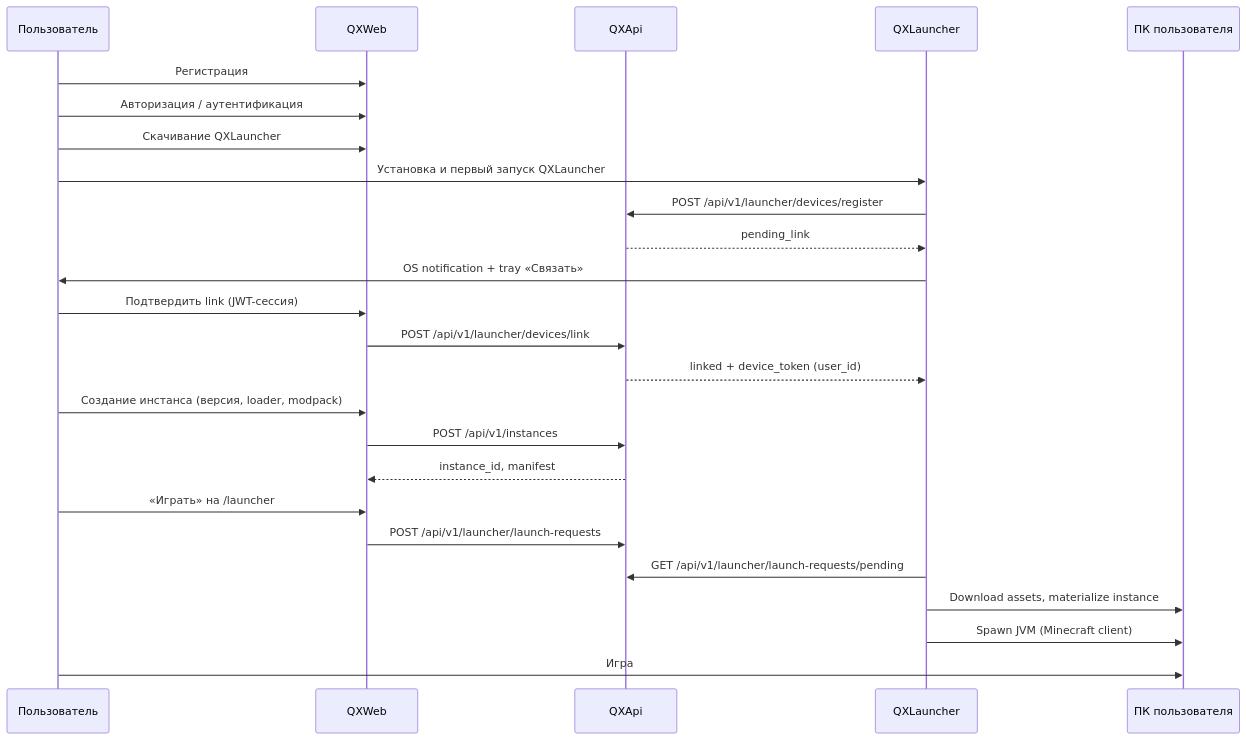
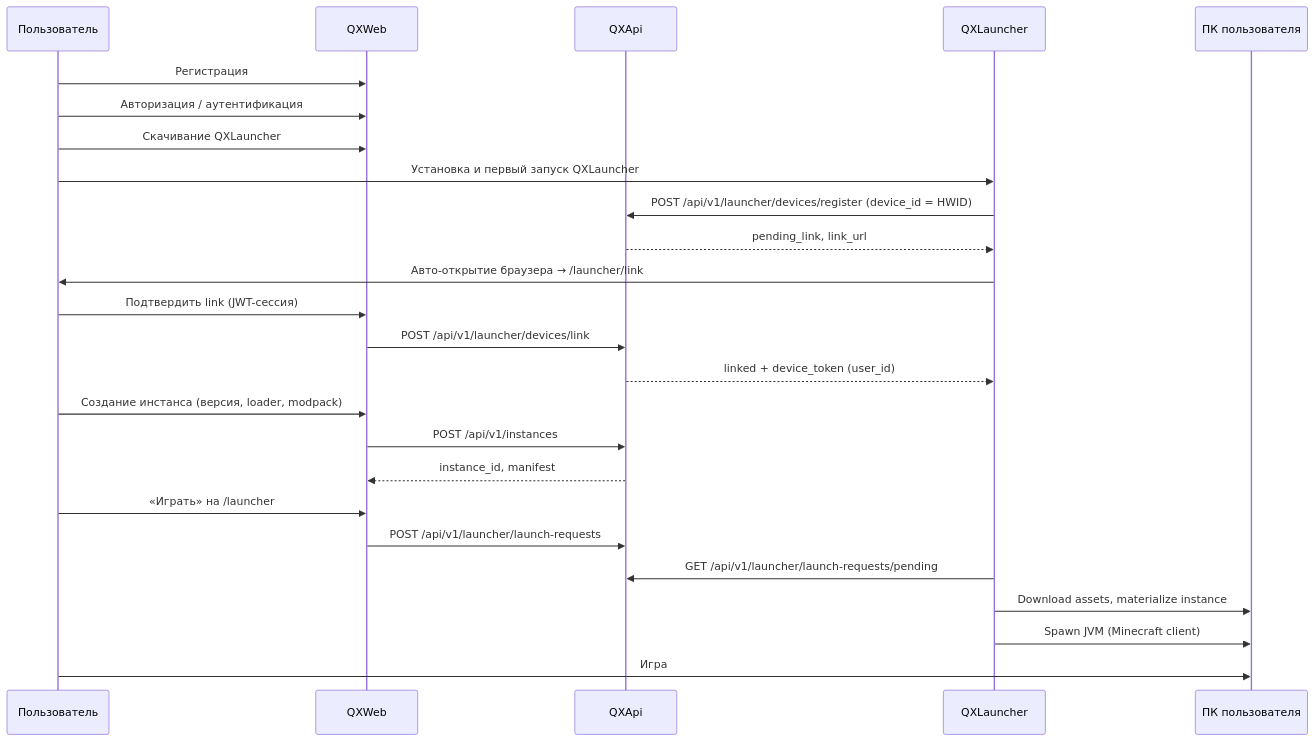
The first of 16 diagrams in docs/architecture.md (mindevis/qx-project), drawn with Mermaid before and after one commit. The commit also changed other lines of this file and 108 other files, not shown here.

First line of the commit message:
Migrate dev config to TOML, HWID device linking, and sync docs.

````diff
--- a/docs/architecture.md
+++ b/docs/architecture.md
@@ -76,30 +77,30 @@
 ```mermaid
 sequenceDiagram
     participant U as Пользователь
     participant Web as QXWeb
     participant API as QXApi
     participant L as QXLauncher
     participant PC as ПК пользователя
 
     U->>Web: Регистрация
     U->>Web: Авторизация / аутентификация
     U->>Web: Скачивание QXLauncher
     U->>L: Установка и первый запуск QXLauncher
-    L->>API: POST /api/v1/launcher/devices/register
-    API-->>L: pending_link
-    L->>U: OS notification + tray «Связать»
+    L->>API: POST /api/v1/launcher/devices/register (device_id = HWID)
+    API-->>L: pending_link, link_url
+    L->>U: Авто-открытие браузера → /launcher/link
     U->>Web: Подтвердить link (JWT-сессия)
     Web->>API: POST /api/v1/launcher/devices/link
     API-->>L: linked + device_token (user_id)
 
     U->>Web: Создание инстанса (версия, loader, modpack)
     Web->>API: POST /api/v1/instances
     API-->>Web: instance_id, manifest
 
     U->>Web: «Играть» на /launcher
     Web->>API: POST /api/v1/launcher/launch-requests
     L->>API: GET /api/v1/launcher/launch-requests/pending
     L->>PC: Download assets, materialize instance
     L->>PC: Spawn JVM (Minecraft client)
     U->>PC: Игра
 ```
````
